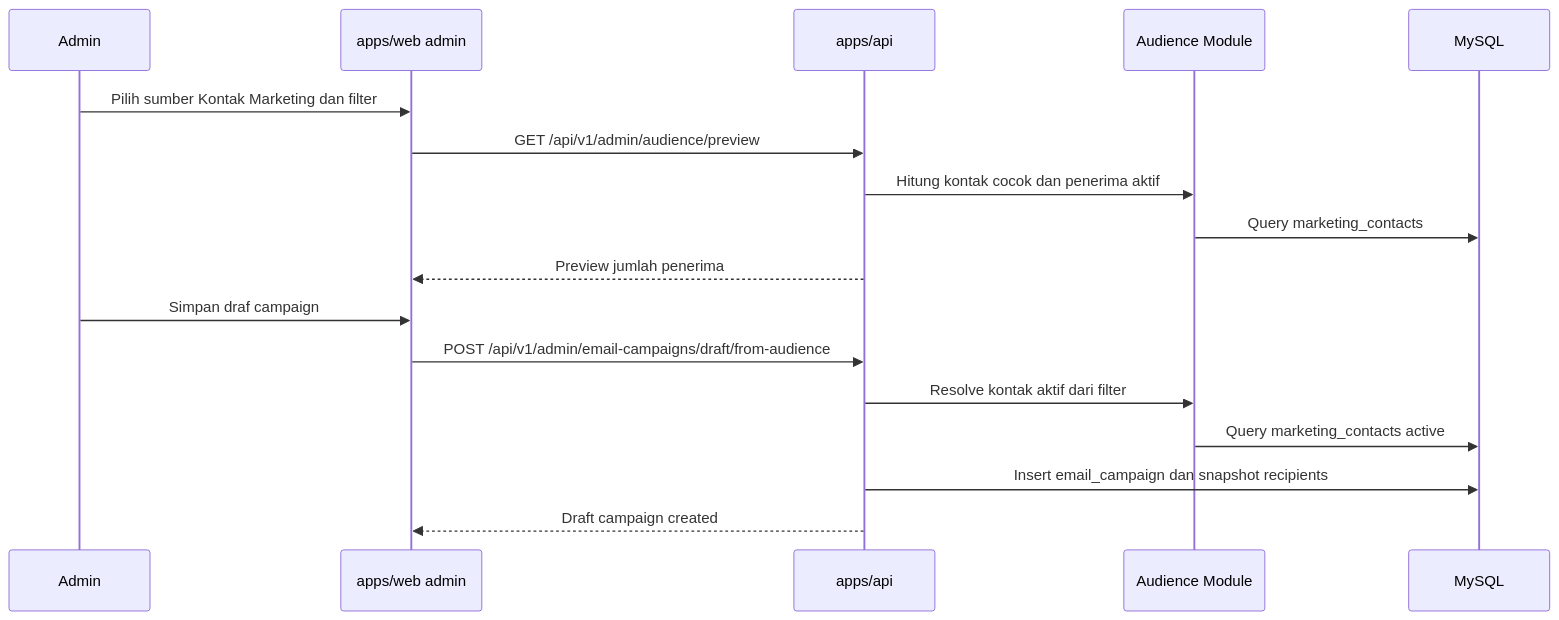
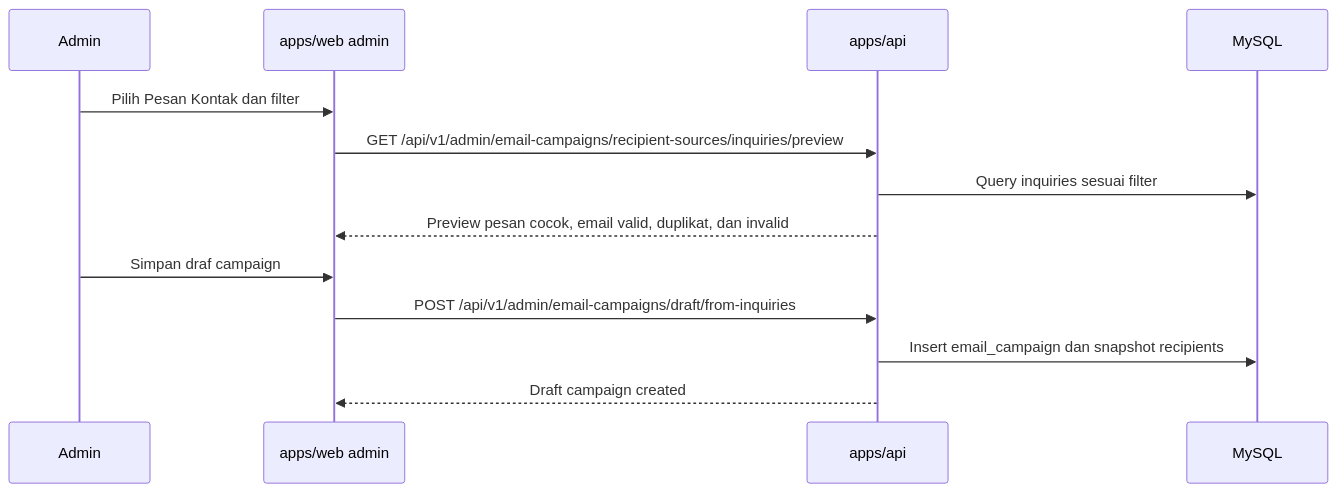
The seventh of 7 diagrams in docs/BACKEND_API_CONTRACT.md (AmandaYora/indobraga-company-profile), drawn with Mermaid before and after one commit. The commit also changed other lines of this file and 15 other files, not shown here.

Commit message:
feat: simplify email blast recipient flow

````diff
--- a/docs/BACKEND_API_CONTRACT.md
+++ b/docs/BACKEND_API_CONTRACT.md
@@ -718,20 +718,16 @@
 ```mermaid
 sequenceDiagram
     participant Admin
     participant Web as apps/web admin
     participant API as apps/api
-    participant Audience as Audience Module
     participant DB as MySQL
 
-    Admin->>Web: Pilih sumber Kontak Marketing dan filter
-    Web->>API: GET /api/v1/admin/audience/preview
-    API->>Audience: Hitung kontak cocok dan penerima aktif
-    Audience->>DB: Query marketing_contacts
-    API-->>Web: Preview jumlah penerima
+    Admin->>Web: Pilih Pesan Kontak dan filter
+    Web->>API: GET /api/v1/admin/email-campaigns/recipient-sources/inquiries/preview
+    API->>DB: Query inquiries sesuai filter
+    API-->>Web: Preview pesan cocok, email valid, duplikat, dan invalid
     Admin->>Web: Simpan draf campaign
-    Web->>API: POST /api/v1/admin/email-campaigns/draft/from-audience
-    API->>Audience: Resolve kontak aktif dari filter
-    Audience->>DB: Query marketing_contacts active
+    Web->>API: POST /api/v1/admin/email-campaigns/draft/from-inquiries
     API->>DB: Insert email_campaign dan snapshot recipients
     API-->>Web: Draft campaign created
 ```
````
